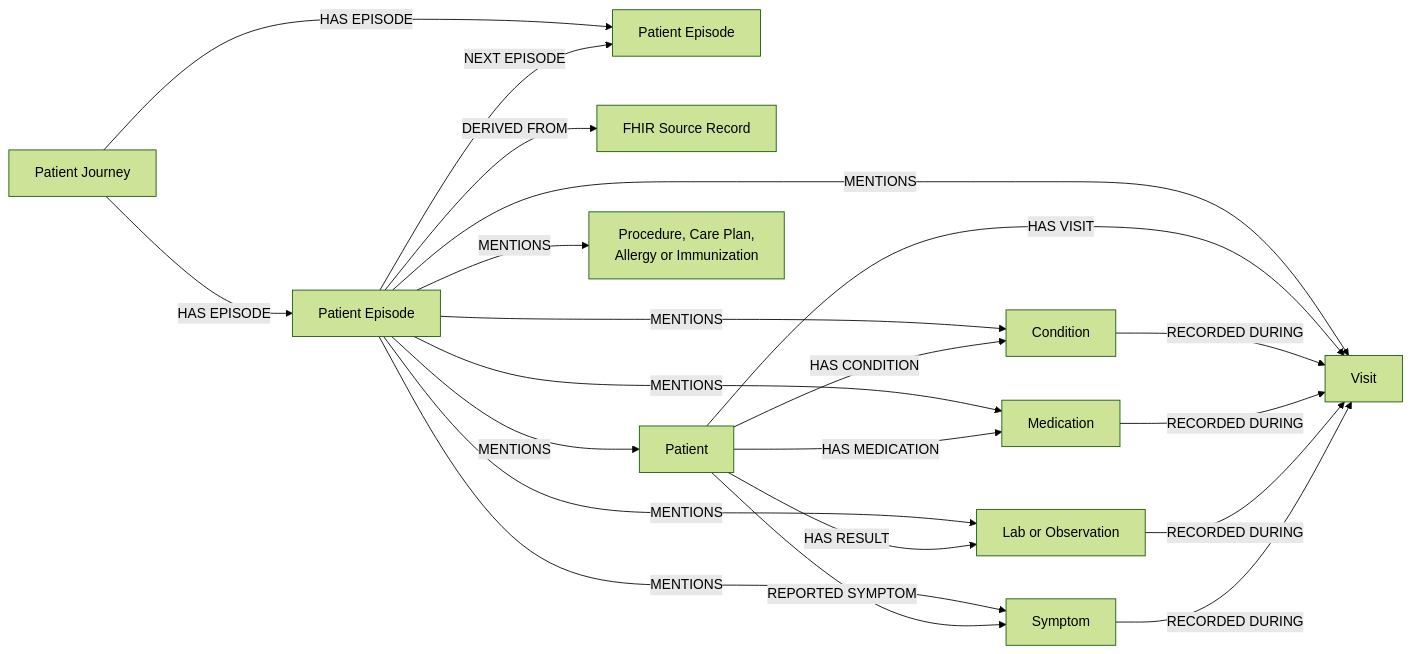
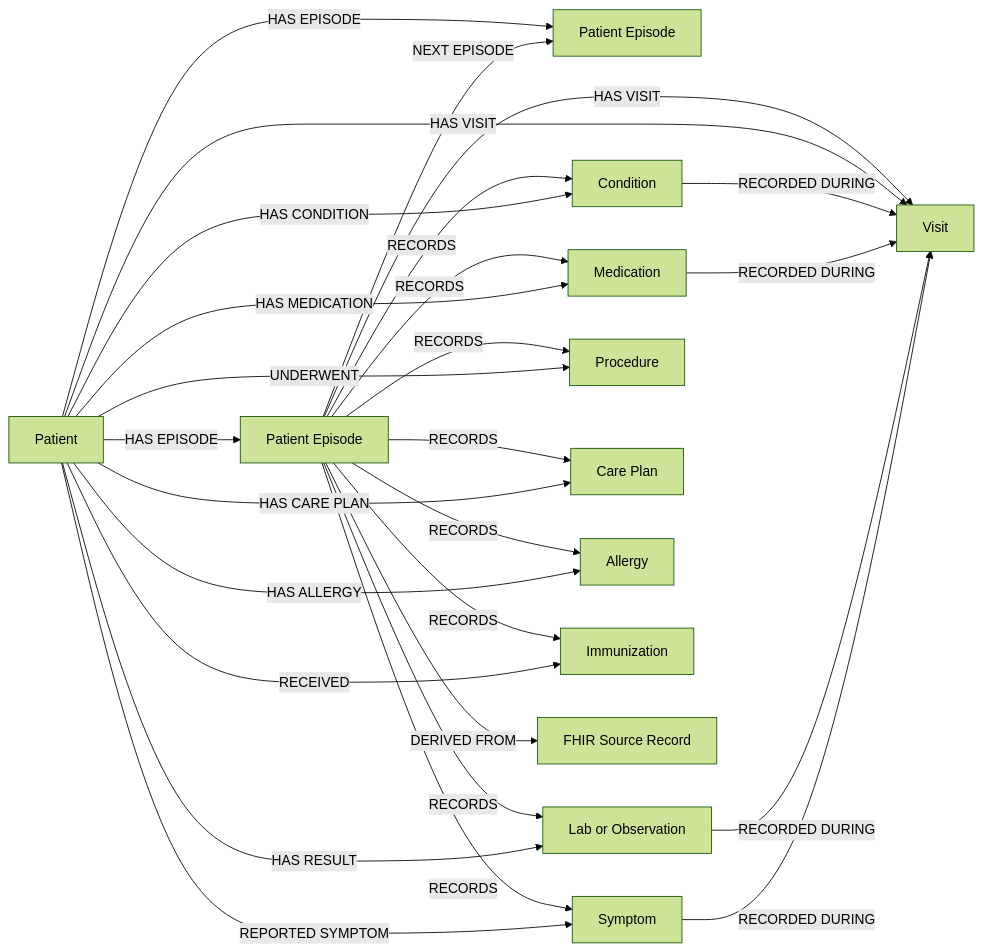
Before and after one commit to krishanbansal000-cmyk/PatientGraphAgent: the third of 4 diagrams in docs/agent-graph-architecture.md, drawn with Mermaid (forest theme). The commit also changed other lines of this file, not shown here.

Commit message:
Make patient graph diagram patient-centric

````diff
--- a/docs/agent-graph-architecture.md
+++ b/docs/agent-graph-architecture.md
@@ -86,40 +86,47 @@
 ```mermaid
 flowchart LR
-    JOURNEY[Patient Journey]
+    PATIENT[Patient]
     EP1[Patient Episode]
     EP2[Patient Episode]
-    SOURCE[FHIR Source Record]
-
-    PATIENT[Patient]
     VISIT[Visit]
     CONDITION[Condition]
     MEDICATION[Medication]
     OBSERVATION[Lab or Observation]
     SYMPTOM[Symptom]
-    OTHER[Procedure, Care Plan,<br/>Allergy or Immunization]
+    PROCEDURE[Procedure]
+    CAREPLAN[Care Plan]
+    ALLERGY[Allergy]
+    IMMUNIZATION[Immunization]
+    SOURCE[FHIR Source Record]
 
-    JOURNEY -->|HAS EPISODE| EP1
-    JOURNEY -->|HAS EPISODE| EP2
+    PATIENT -->|HAS EPISODE| EP1
+    PATIENT -->|HAS EPISODE| EP2
     EP1 -->|NEXT EPISODE| EP2
 
-    EP1 -->|MENTIONS| PATIENT
-    EP1 -->|MENTIONS| VISIT
-    EP1 -->|MENTIONS| CONDITION
-    EP1 -->|MENTIONS| MEDICATION
-    EP1 -->|MENTIONS| OBSERVATION
-    EP1 -->|MENTIONS| SYMPTOM
-    EP1 -->|MENTIONS| OTHER
+    EP1 -->|HAS VISIT| VISIT
+    EP1 -->|RECORDS| CONDITION
+    EP1 -->|RECORDS| MEDICATION
+    EP1 -->|RECORDS| OBSERVATION
+    EP1 -->|RECORDS| SYMPTOM
+    EP1 -->|RECORDS| PROCEDURE
+    EP1 -->|RECORDS| CAREPLAN
+    EP1 -->|RECORDS| ALLERGY
+    EP1 -->|RECORDS| IMMUNIZATION
 
     EP1 -->|DERIVED FROM| SOURCE
 
     PATIENT -->|HAS CONDITION| CONDITION
     PATIENT -->|HAS MEDICATION| MEDICATION
     PATIENT -->|HAS RESULT| OBSERVATION
     PATIENT -->|REPORTED SYMPTOM| SYMPTOM
     PATIENT -->|HAS VISIT| VISIT
+    PATIENT -->|UNDERWENT| PROCEDURE
+    PATIENT -->|HAS CARE PLAN| CAREPLAN
+    PATIENT -->|HAS ALLERGY| ALLERGY
+    PATIENT -->|RECEIVED| IMMUNIZATION
 
     CONDITION -->|RECORDED DURING| VISIT
     MEDICATION -->|RECORDED DURING| VISIT
     OBSERVATION -->|RECORDED DURING| VISIT
     SYMPTOM -->|RECORDED DURING| VISIT
 ```
````
